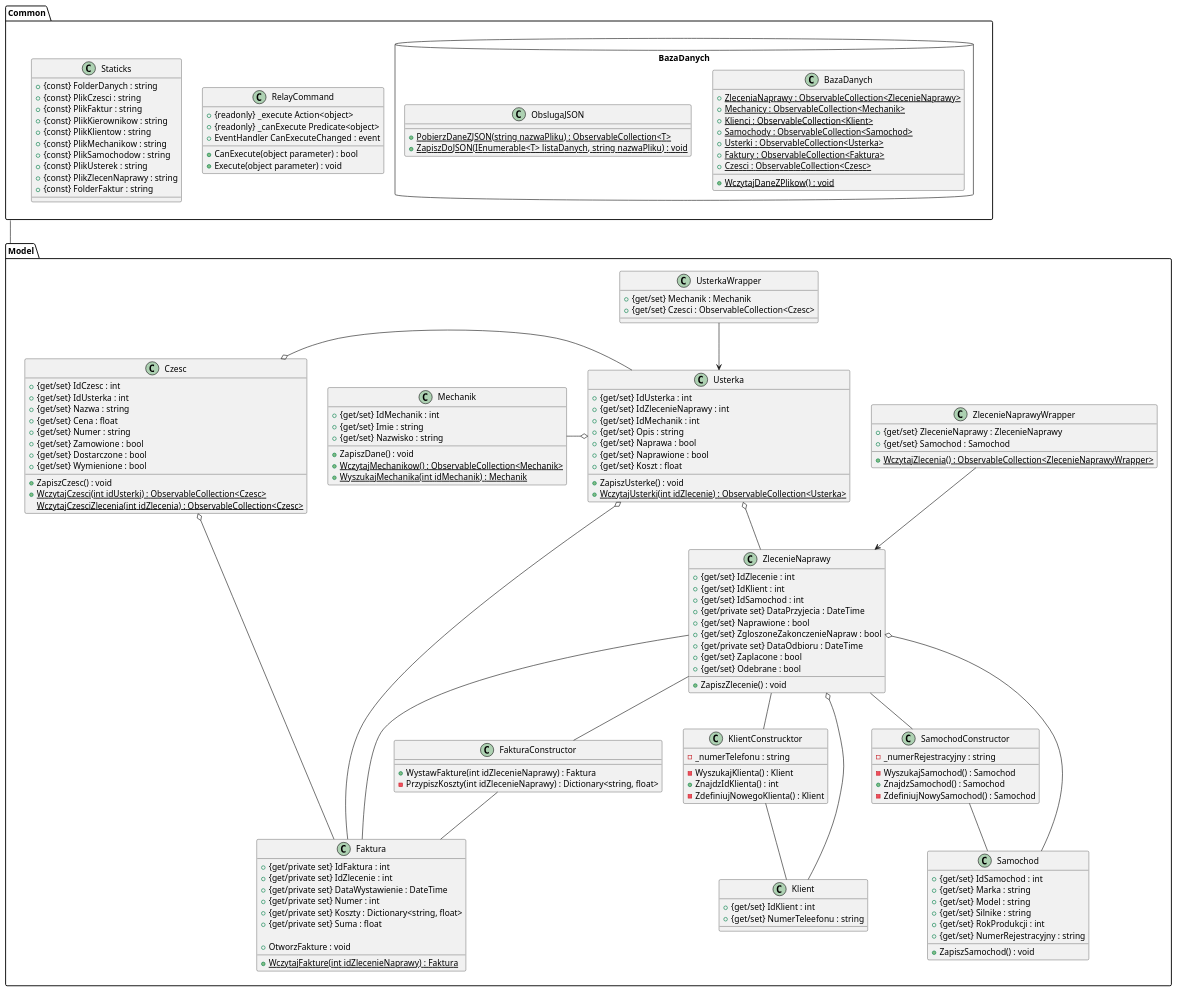
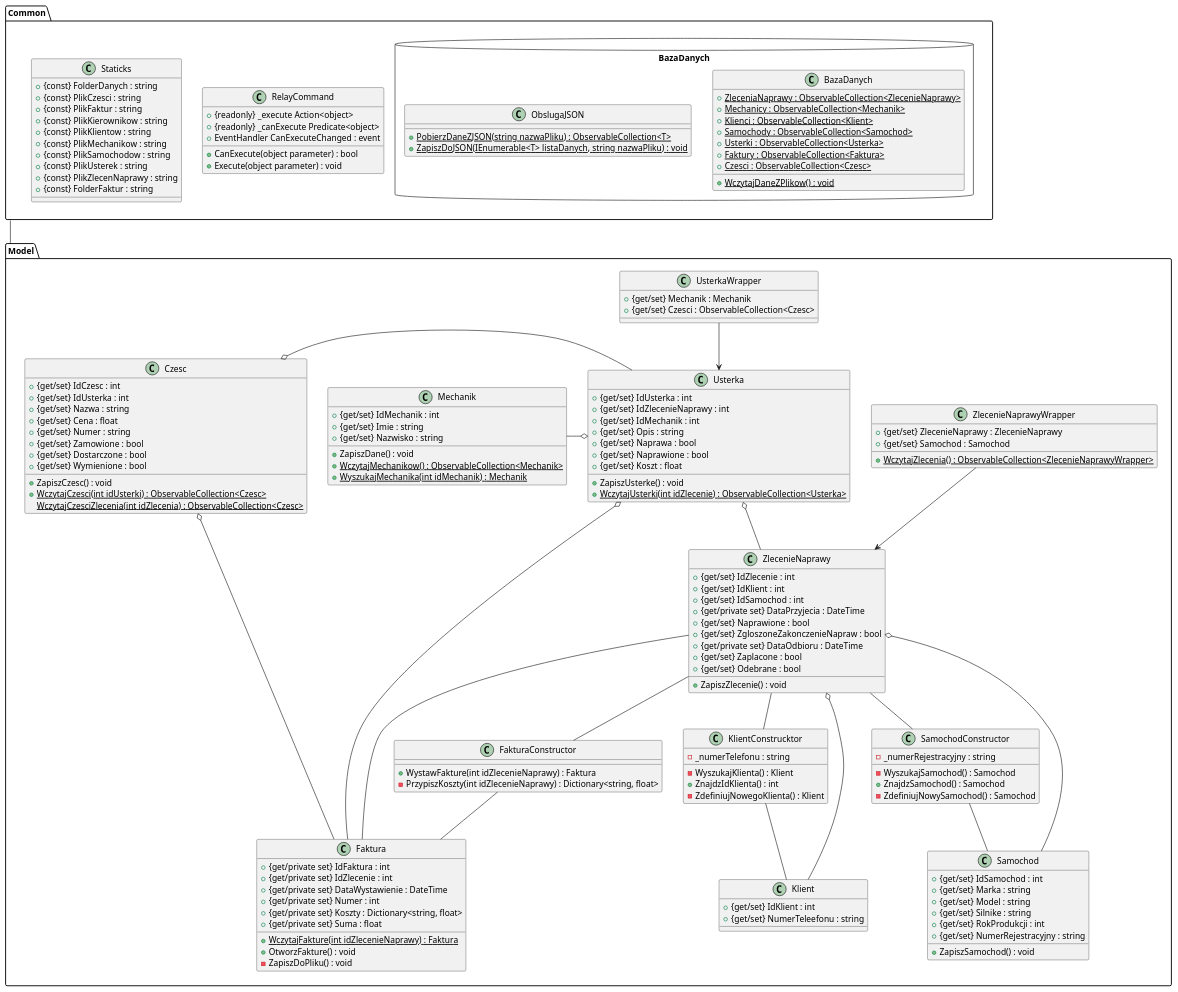
Before and after one commit to KamilDabkowski/SerwisSamochodowy: the diagram in Diagramy/SerwisSamochodowyClassDiagram.plantuml, drawn with PlantUML. The commit also changed 7 other files, not shown here.

```diff
--- a/Diagramy/SerwisSamochodowyClassDiagram.plantuml
+++ b/Diagramy/SerwisSamochodowyClassDiagram.plantuml
@@ -27,7 +27,8 @@
         + {get/private set} Suma : float
 
         + {static} WczytajFakture(int idZlecenieNaprawy) : Faktura
-        +OtworzFakture : void
+        + OtworzFakture() : void
+        - ZapiszDoPliku() : void
     }
 
     class Klient{
```
